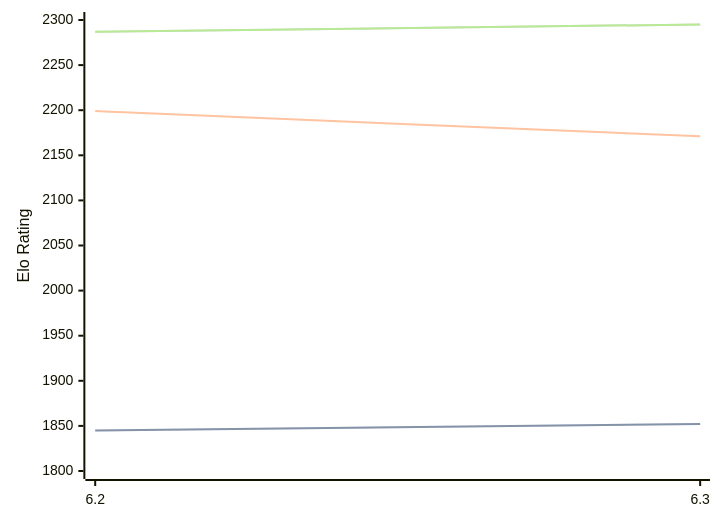
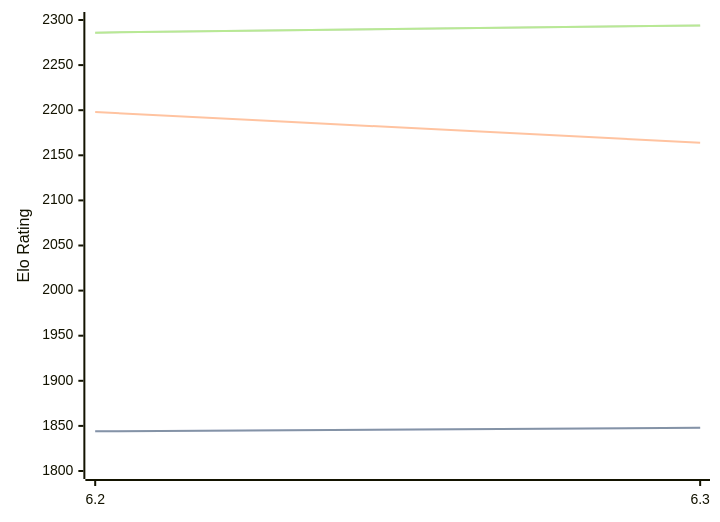
One commit to computer-chess-index/cci changed the diagram in engines/chess4j.md. Above: the diagram before and after it, drawn with Mermaid. The commit also changed other lines of this file, not shown here.

Commit message:
Update CCI Ratings (ELO VLTC) - 2026-08-04

````diff
--- a/engines/chess4j.md
+++ b/engines/chess4j.md
@@ -38,11 +38,11 @@
 ```mermaid
 %%{init: {"theme":"base","themeVariables":{"seriesColors:['#a3a3a3','#222221','#faa371']}}}%%
 xychart-beta
   x-axis ["6.2", "6.3"]
   y-axis "Elo Rating" 1800 --> 2300
-  line "STC (8.0+0.08s)" [1845, 1852]
-  line "STC (8.0+0.08s)" [1845, 1852]
-  line "LTC (60.0+0.60s)" [2199, 2171]
-  line "VLTC (2m24s+1.12s)" [2287, 2295]
-  line "VLTC (2m24s+1.12s)" [2287, 2295]
+  line "STC (8.0+0.08s)" [1844, 1848]
+  line "STC (8.0+0.08s)" [1844, 1848]
+  line "LTC (60.0+0.60s)" [2198, 2164]
+  line "VLTC (2m24s+1.12s)" [2286, 2294]
+  line "VLTC (2m24s+1.12s)" [2286, 2294]
 ```
````
